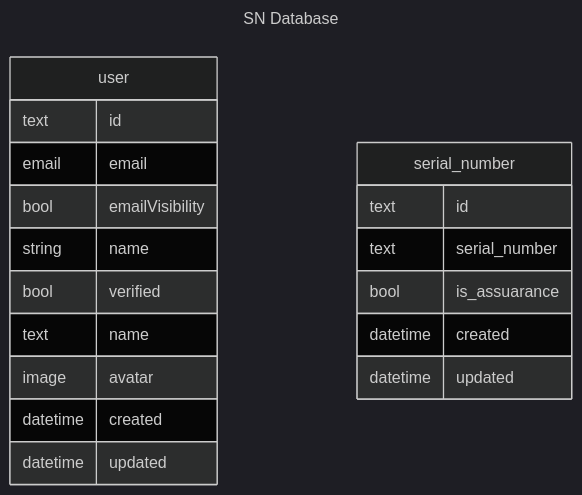
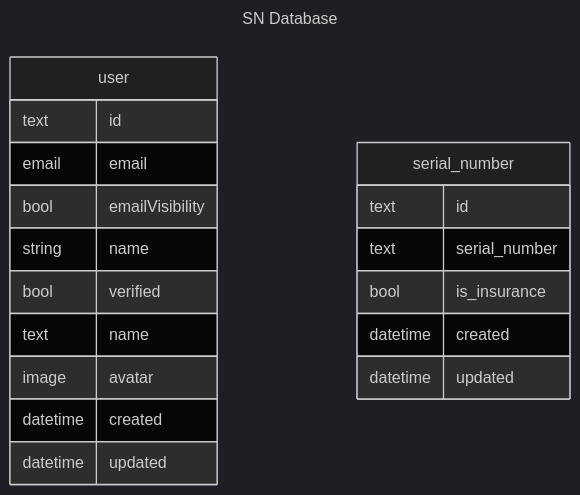
One commit to halllllll/sn_insurance changed the diagram in docs/schema.md. Above: the diagram before and after it, drawn with Mermaid (dark theme). The commit also changed 6 other files, not shown here.

````diff
--- a/docs/schema.md
+++ b/docs/schema.md
@@ -1,26 +1,26 @@
 ```mermaid
 ---
 title: SN Database
 ---
 erDiagram
   user{
     text id
     email email
     bool emailVisibility 
     string name
     bool verified
     text name
     image avatar
     datetime created
     datetime updated
   }
   
   serial_number{
     text id
     text serial_number
-    bool is_assuarance
+    bool is_insurance
     datetime created
     datetime updated
   }
 
 ```
````
